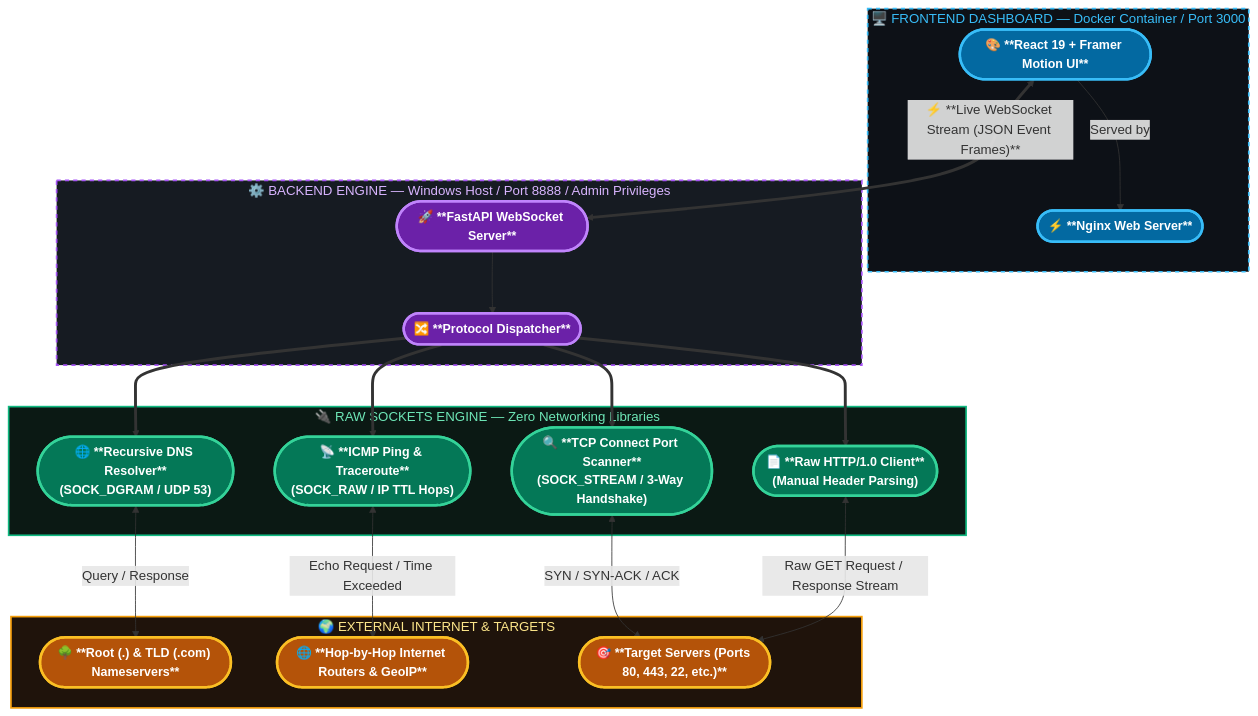
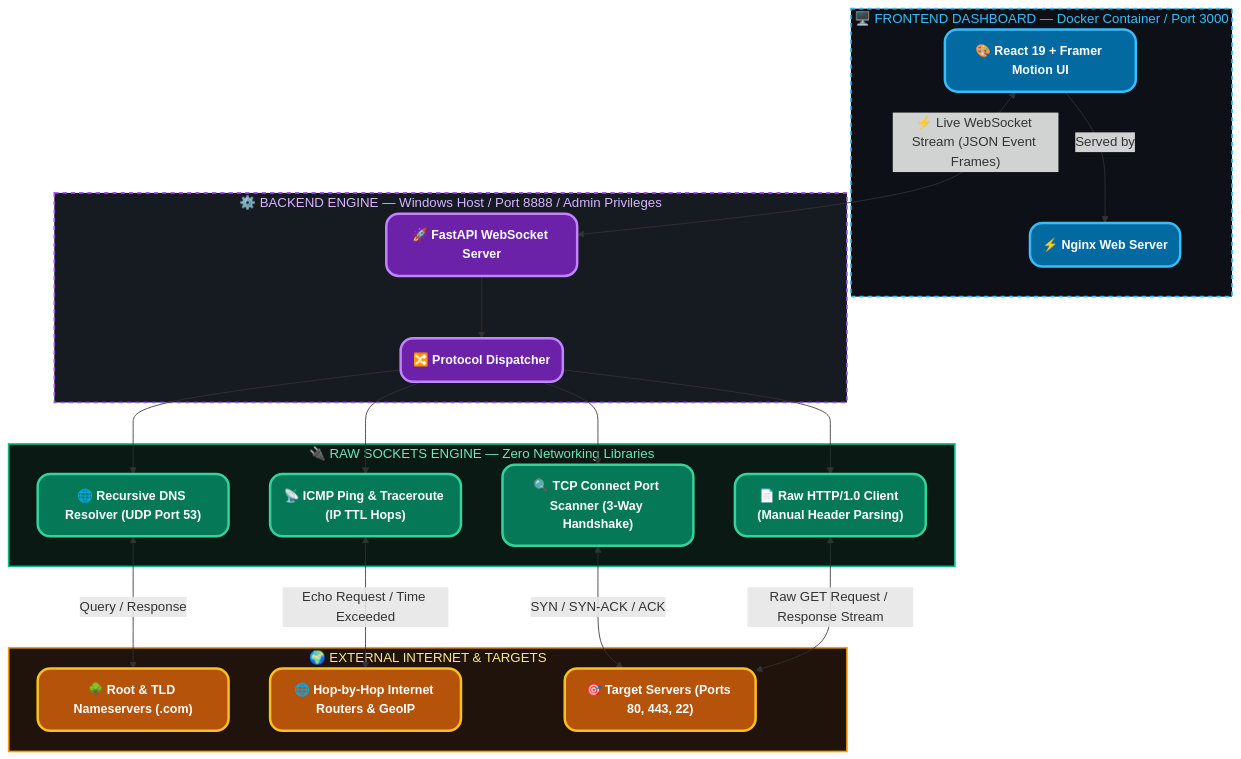
Before and after one commit to Nitin4381/ByteTrace: the diagram in README.md, drawn with Mermaid.

Commit message:
Fix GitHub Mermaid syntax compatibility for colored curved flowchart

````diff
--- a/README.md
+++ b/README.md
@@ -29,56 +29,56 @@
 ```mermaid
 graph TD
-    %% Subgraph styling
-    style Frontend fill:#0d1117,stroke:#38bdf8,stroke-width:2px,color:#38bdf8,stroke-dasharray: 5 5
-    style Backend fill:#161b22,stroke:#a855f7,stroke-width:2px,color:#d8b4fe,stroke-dasharray: 5 5
-    style RawSockets fill:#0b1914,stroke:#10b981,stroke-width:2px,color:#6ee7b7
-    style Internet fill:#1f130b,stroke:#f59e0b,stroke-width:2px,color:#fde68a
-
     subgraph Frontend [ 🖥️ FRONTEND DASHBOARD — Docker Container / Port 3000 ]
-        UI(["🎨 **React 19 + Framer Motion UI**"])
-        Nginx(["⚡ **Nginx Web Server**"])
+        UI("🎨 React 19 + Framer Motion UI")
+        Nginx("⚡ Nginx Web Server")
         UI -->|"Served by"| Nginx
     end
 
     subgraph Backend [ ⚙️ BACKEND ENGINE — Windows Host / Port 8888 / Admin Privileges ]
-        FastAPI(["🚀 **FastAPI WebSocket Server**"])
-        Router(["🔀 **Protocol Dispatcher**"])
+        FastAPI("🚀 FastAPI WebSocket Server")
+        Router("🔀 Protocol Dispatcher")
         FastAPI --> Router
     end
 
-    UI <==>|"⚡ **Live WebSocket Stream (JSON Event Frames)**"| FastAPI
+    UI <-->|"⚡ Live WebSocket Stream (JSON Event Frames)"| FastAPI
 
     subgraph RawSockets [ 🔌 RAW SOCKETS ENGINE — Zero Networking Libraries ]
-        DNS(["🌐 **Recursive DNS Resolver**<br/>(SOCK_DGRAM / UDP 53)"])
-        ICMP(["📡 **ICMP Ping & Traceroute**<br/>(SOCK_RAW / IP TTL Hops)"])
-        TCP(["🔍 **TCP Connect Port Scanner**<br/>(SOCK_STREAM / 3-Way Handshake)"])
-        HTTP(["📄 **Raw HTTP/1.0 Client**<br/>(Manual Header Parsing)"])
+        DNS("🌐 Recursive DNS Resolver (UDP Port 53)")
+        ICMP("📡 ICMP Ping & Traceroute (IP TTL Hops)")
+        TCP("🔍 TCP Connect Port Scanner (3-Way Handshake)")
+        HTTP("📄 Raw HTTP/1.0 Client (Manual Header Parsing)")
     end
 
-    Router ==> DNS
-    Router ==> ICMP
-    Router ==> TCP
-    Router ==> HTTP
+    Router --> DNS
+    Router --> ICMP
+    Router --> TCP
+    Router --> HTTP
 
     subgraph Internet [ 🌍 EXTERNAL INTERNET & TARGETS ]
-        Root(["🌳 **Root (.) & TLD (.com) Nameservers**"])
-        Hops(["🌐 **Hop-by-Hop Internet Routers & GeoIP**"])
-        Targets(["🎯 **Target Servers (Ports 80, 443, 22, etc.)**"])
+        Root("🌳 Root & TLD Nameservers (.com)")
+        Hops("🌐 Hop-by-Hop Internet Routers & GeoIP")
+        Targets("🎯 Target Servers (Ports 80, 443, 22)")
     end
 
     DNS <-->|"Query / Response"| Root
     ICMP <-->|"Echo Request / Time Exceeded"| Hops
     TCP <-->|"SYN / SYN-ACK / ACK"| Targets
     HTTP <-->|"Raw GET Request / Response Stream"| Targets
 
-    %% Modern Node Class Definitions with Vibrant Colors & Curved Edges
-    classDef frontNode fill:#0369a1,stroke:#38bdf8,stroke-width:3px,color:#ffffff,font-size:15px,font-weight:bold,rx:20,ry:20;
-    classDef backNode fill:#6b21a8,stroke:#c084fc,stroke-width:3px,color:#ffffff,font-size:15px,font-weight:bold,rx:20,ry:20;
-    classDef socketNode fill:#047857,stroke:#34d399,stroke-width:3px,color:#ffffff,font-size:15px,font-weight:bold,rx:20,ry:20;
-    classDef netNode fill:#b45309,stroke:#fbbf24,stroke-width:3px,color:#ffffff,font-size:15px,font-weight:bold,rx:20,ry:20;
+    %% Subgraph styling at the end
+    style Frontend fill:#0d1117,stroke:#38bdf8,stroke-width:2px,color:#38bdf8,stroke-dasharray: 5 5
+    style Backend fill:#161b22,stroke:#a855f7,stroke-width:2px,color:#d8b4fe,stroke-dasharray: 5 5
+    style RawSockets fill:#0b1914,stroke:#10b981,stroke-width:2px,color:#6ee7b7
+    style Internet fill:#1f130b,stroke:#f59e0b,stroke-width:2px,color:#fde68a
+
+    %% Node styling with rounded edges and vibrant colors
+    classDef frontNode fill:#0369a1,stroke:#38bdf8,stroke-width:3px,color:#ffffff,font-size:15px,font-weight:bold,rx:15,ry:15;
+    classDef backNode fill:#6b21a8,stroke:#c084fc,stroke-width:3px,color:#ffffff,font-size:15px,font-weight:bold,rx:15,ry:15;
+    classDef socketNode fill:#047857,stroke:#34d399,stroke-width:3px,color:#ffffff,font-size:15px,font-weight:bold,rx:15,ry:15;
+    classDef netNode fill:#b45309,stroke:#fbbf24,stroke-width:3px,color:#ffffff,font-size:15px,font-weight:bold,rx:15,ry:15;
 
     class UI,Nginx frontNode;
     class FastAPI,Router backNode;
     class DNS,ICMP,TCP,HTTP socketNode;
     class Root,Hops,Targets netNode;
 ```
````
